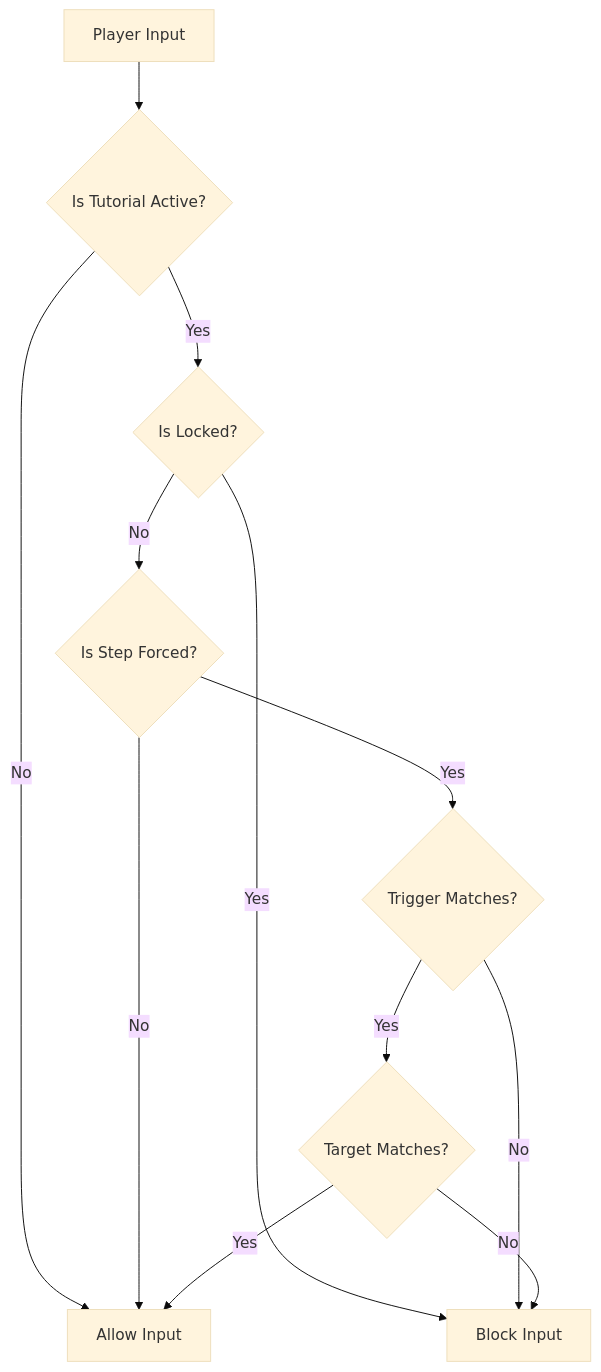
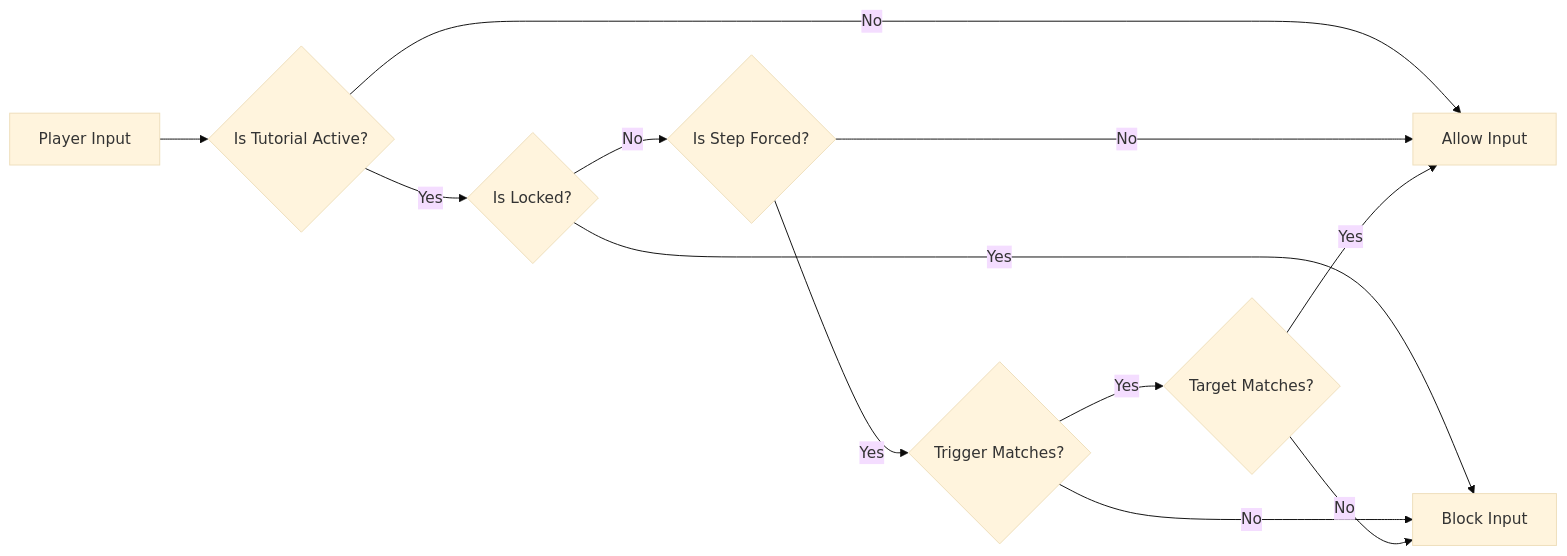
Before and after one commit to rosaa9979/CardArchive: the sixth of 8 diagrams in README.md, drawn with Mermaid (base theme). The commit also changed other lines of this file, not shown here.

````diff
--- a/README.md
+++ b/README.md
@@ -186,14 +186,14 @@
 ```mermaid
-flowchart TD
+flowchart LR
     Input[Player Input] --> CheckTuto{Is Tutorial Active?}
     CheckTuto -- No --> Allow[Allow Input]
     CheckTuto -- Yes --> CheckLock{Is Locked?}
     CheckLock -- Yes --> Block[Block Input]
     CheckLock -- No --> CheckStep{Is Step Forced?}
     CheckStep -- No --> Allow
     CheckStep -- Yes --> CheckTrigger{Trigger Matches?}
     CheckTrigger -- No --> Block
     CheckTrigger -- Yes --> CheckTarget{Target Matches?}
     CheckTarget -- Yes --> Allow
     CheckTarget -- No --> Block
 ```
````
